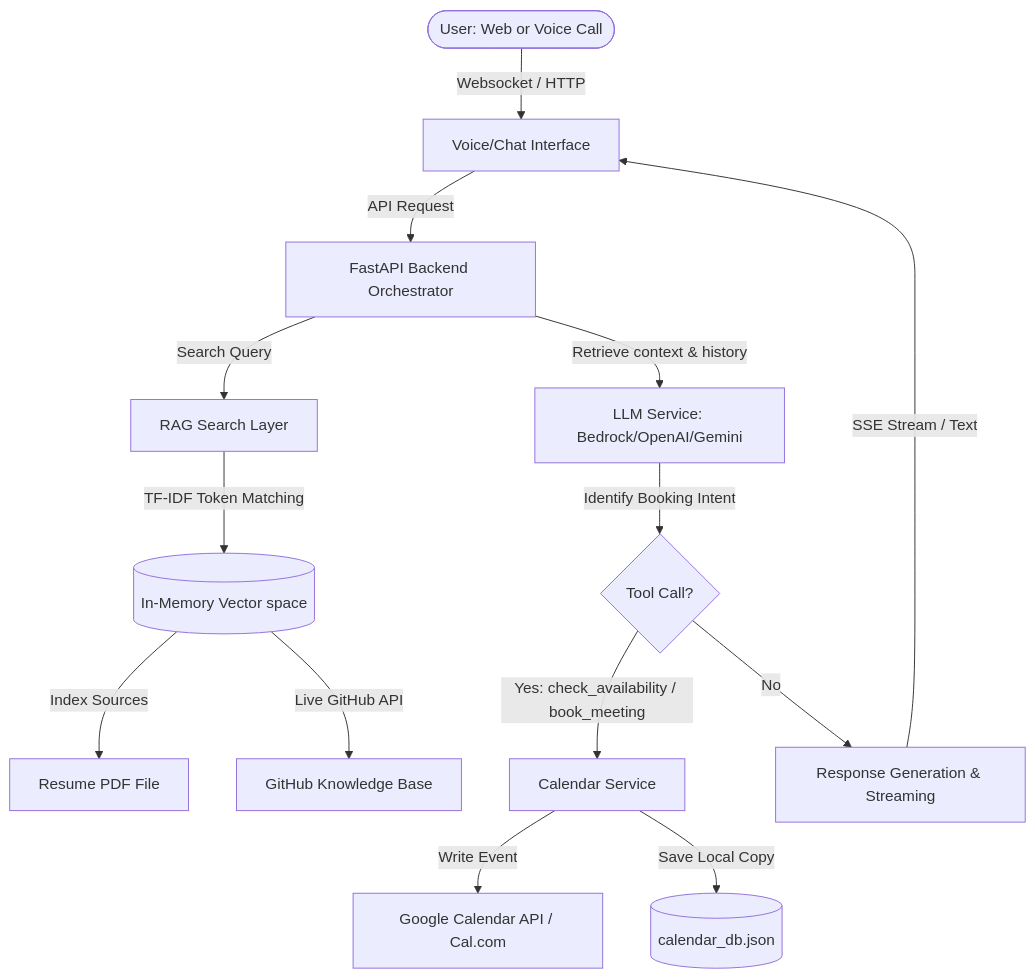
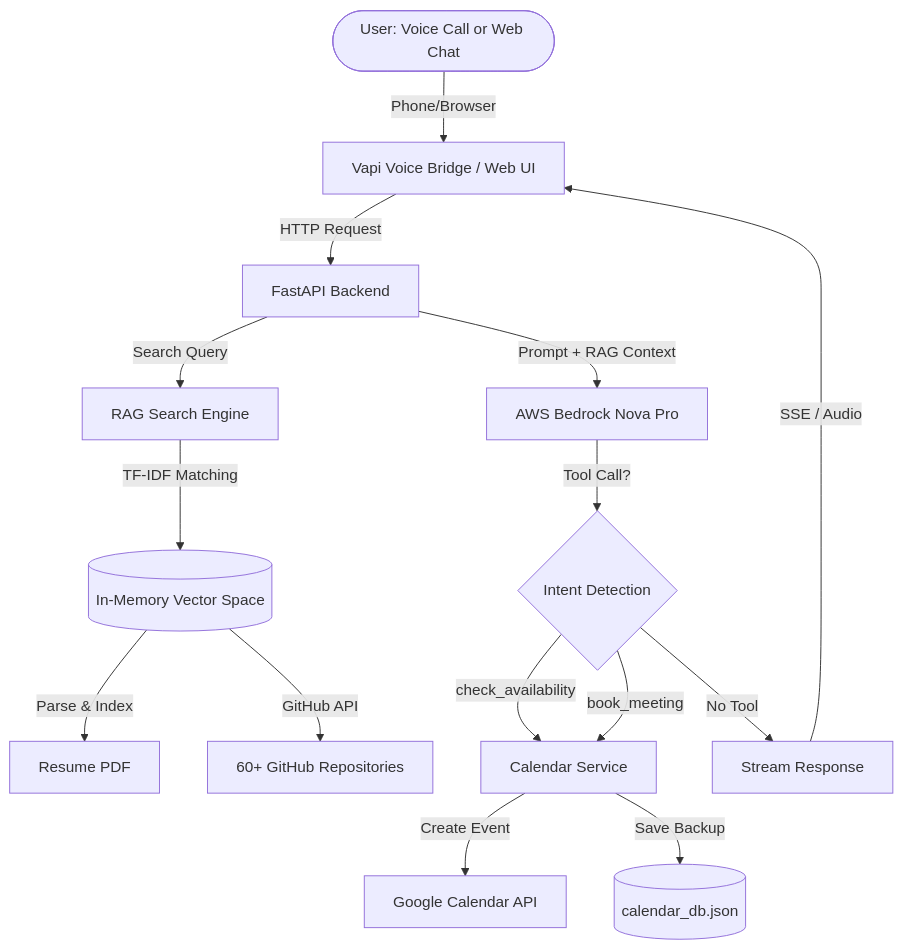
One commit to Piyush0049/piyush-ai-persona changed the diagram in README.md. Above: the diagram before and after it, drawn with Mermaid. The commit also changed other lines of this file and 5 other files, not shown here.

````diff
--- a/README.md
+++ b/README.md
@@ -57,20 +59,21 @@
 ```mermaid
 graph TD
-    User([User: Web or Voice Call]) -->|Websocket / HTTP| Interface[Voice/Chat Interface]
-    Interface -->|API Request| Backend[FastAPI Backend Orchestrator]
-    Backend -->|Search Query| RAG[RAG Search Layer]
-    
-    RAG -->|TF-IDF Token Matching| InMem[(In-Memory Vector space)]
-    InMem -->|Index Sources| PDF[Resume PDF File]
-    InMem -->|Live GitHub API| Github[GitHub Knowledge Base]
-    
-    Backend -->|Retrieve context & history| LLM[LLM Service: Bedrock/OpenAI/Gemini]
-    
-    LLM -->|Identify Booking Intent| ToolCall{Tool Call?}
-    ToolCall -->|Yes: check_availability / book_meeting| Calendar[Calendar Service]
-    Calendar -->|Write Event| GoogleCal[Google Calendar API / Cal.com]
-    Calendar -->|Save Local Copy| JSONDB[(calendar_db.json)]
-    
-    ToolCall -->|No| Response[Response Generation & Streaming]
-    Response -->|SSE Stream / Text| Interface
+    User([User: Voice Call or Web Chat]) -->|Phone/Browser| Interface[Vapi Voice Bridge / Web UI]
+    Interface -->|HTTP Request| Backend[FastAPI Backend]
+    Backend -->|Search Query| RAG[RAG Search Engine]
+
+    RAG -->|TF-IDF Matching| InMem[(In-Memory Vector Space)]
+    InMem -->|Parse & Index| Resume[Resume PDF]
+    InMem -->|GitHub API| Repos[60+ GitHub Repositories]
+
+    Backend -->|Prompt + RAG Context| LLM[AWS Bedrock Nova Pro]
+
+    LLM -->|Tool Call?| ToolRouter{Intent Detection}
+    ToolRouter -->|check_availability| Calendar[Calendar Service]
+    ToolRouter -->|book_meeting| Calendar
+    Calendar -->|Create Event| GoogleCal[Google Calendar API]
+    Calendar -->|Save Backup| LocalDB[(calendar_db.json)]
+
+    ToolRouter -->|No Tool| Response[Stream Response]
+    Response -->|SSE / Audio| Interface
 ```
````
